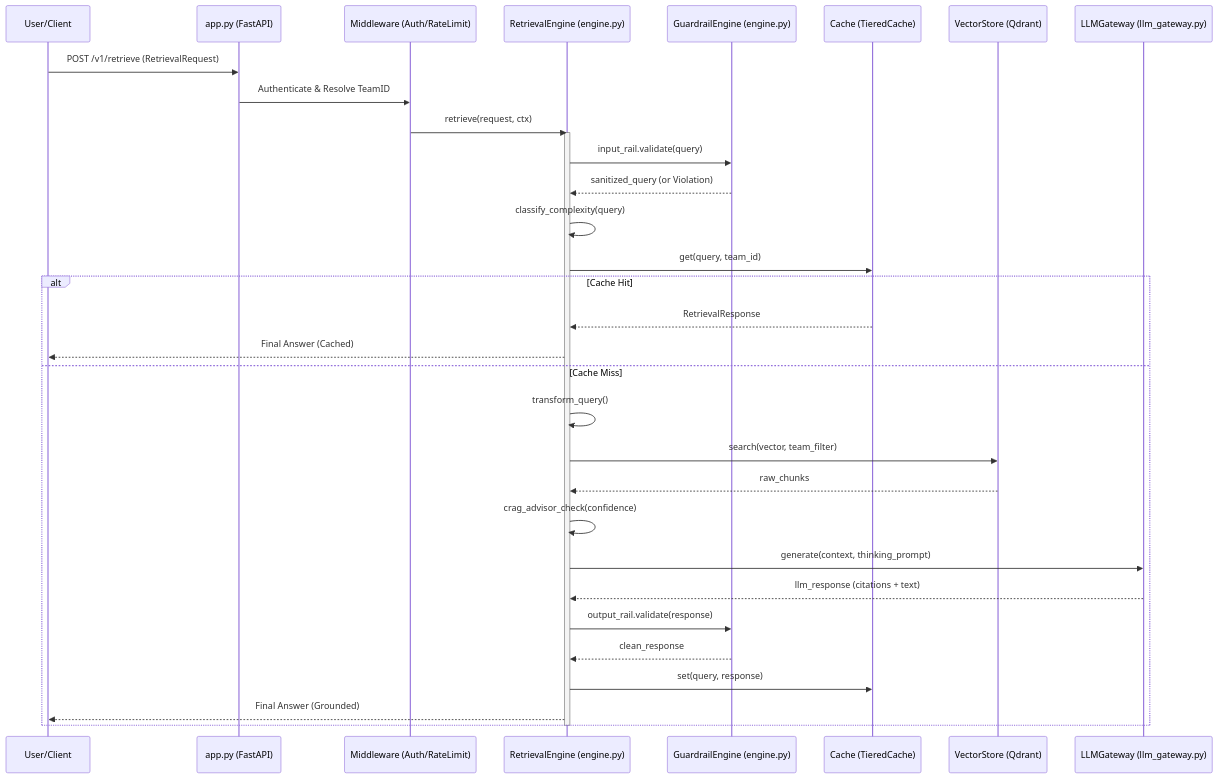
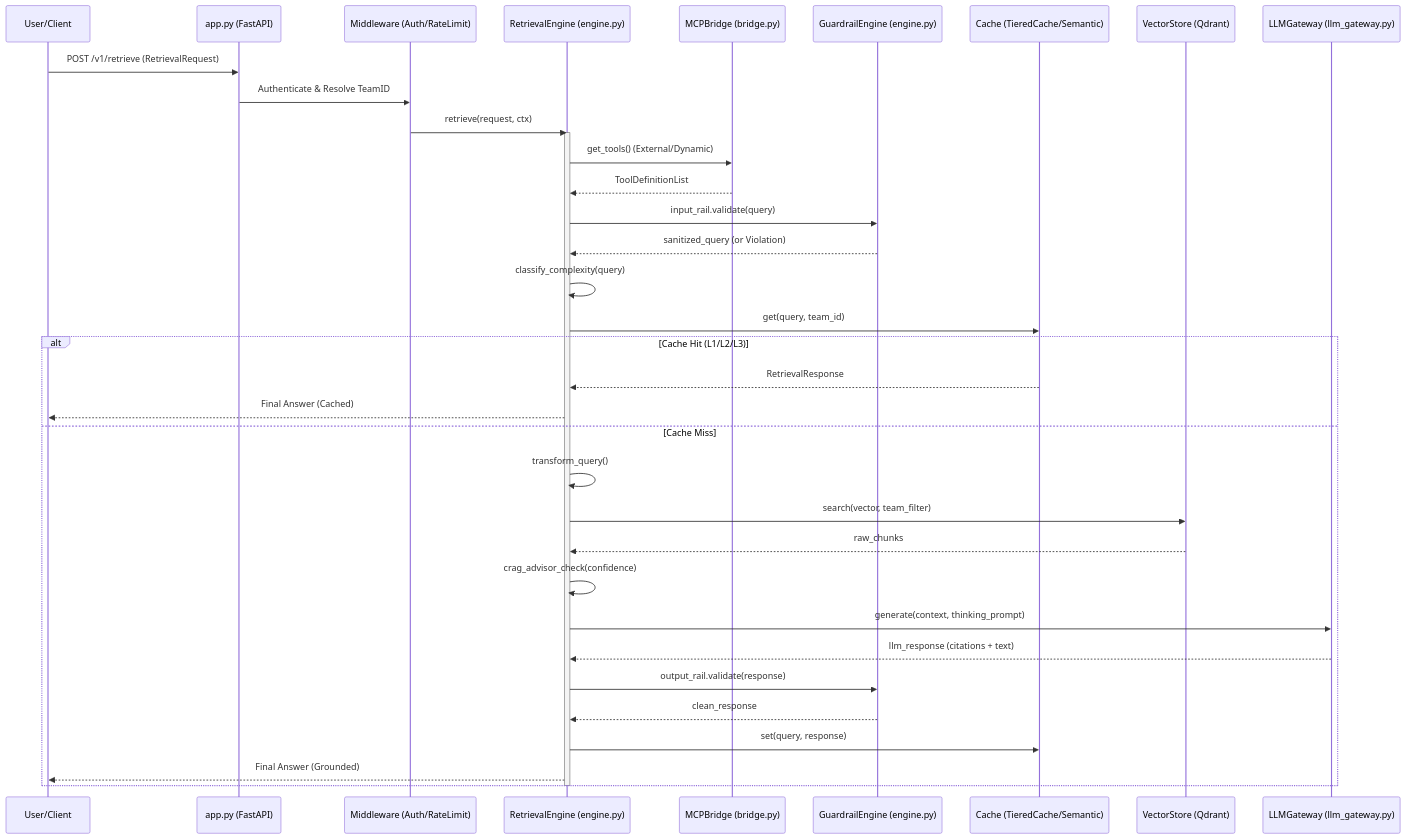
Before and after one commit to Harshodai/scratch: the first of 2 diagrams in docs/CODE_FLOW.md, drawn with Mermaid. The commit also changed other lines of this file and 35 other files, not shown here.

````diff
--- a/docs/CODE_FLOW.md
+++ b/docs/CODE_FLOW.md
@@ -883,43 +914,47 @@
 ```mermaid
 sequenceDiagram
     participant U as User/Client
     participant A as app.py (FastAPI)
     participant M as Middleware (Auth/RateLimit)
     participant E as RetrievalEngine (engine.py)
+    participant B as MCPBridge (bridge.py)
     participant G as GuardrailEngine (engine.py)
-    participant C as Cache (TieredCache)
+    participant C as Cache (TieredCache/Semantic)
     participant V as VectorStore (Qdrant)
     participant L as LLMGateway (llm_gateway.py)
 
     U->>A: POST /v1/retrieve (RetrievalRequest)
     A->>M: Authenticate & Resolve TeamID
     M->>E: retrieve(request, ctx)
     
     activate E
+    E->>B: get_tools() (External/Dynamic)
+    B-->>E: ToolDefinitionList
+    
     E->>G: input_rail.validate(query)
     G-->>E: sanitized_query (or Violation)
     
     E->>E: classify_complexity(query)
     
     E->>C: get(query, team_id)
-    alt Cache Hit
+    alt Cache Hit (L1/L2/L3)
         C-->>E: RetrievalResponse
         E-->>U: Final Answer (Cached)
     else Cache Miss
         E->>E: transform_query()
         E->>V: search(vector, team_filter)
         V-->>E: raw_chunks
         
         E->>E: crag_advisor_check(confidence)
         
         E->>L: generate(context, thinking_prompt)
         L-->>E: llm_response (citations + text)
         
         E->>G: output_rail.validate(response)
         G-->>E: clean_response
         
         E->>C: set(query, response)
         E-->>U: Final Answer (Grounded)
     end
     deactivate E
 ```
````
